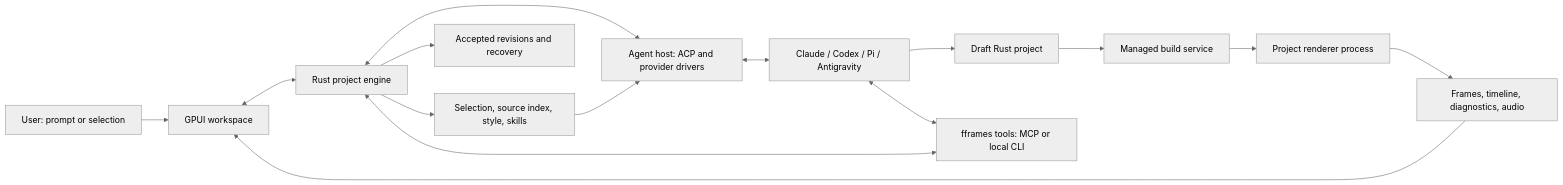
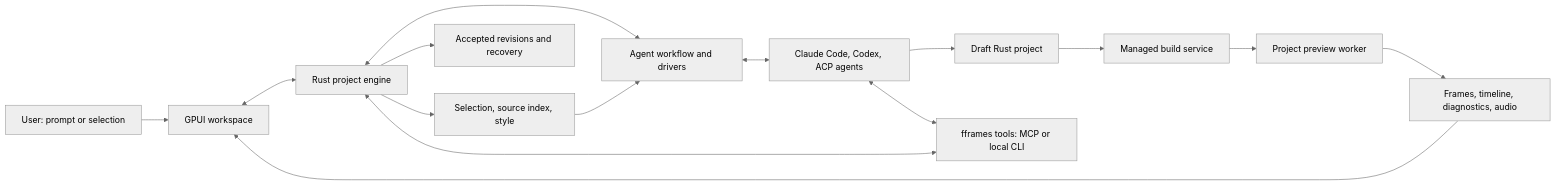
The diagram in docs/desktop/README.md (awun0105/fframes-desktop), drawn with Mermaid (neutral theme) before and after one commit. The commit also changed other lines of this file and 7 other files, not shown here.

````diff
--- a/docs/desktop/README.md
+++ b/docs/desktop/README.md
@@ -84,17 +103,17 @@
 ```mermaid
 flowchart LR
   User[User: prompt or selection] --> UI[GPUI workspace]
   UI <--> Engine[Rust project engine]
-  Engine <--> Agents[Agent host: ACP and provider drivers]
-  Agents <--> Coding[Claude / Codex / Pi / Antigravity]
+  Engine <--> Agents[Agent workflow and drivers]
+  Agents <--> Coding[Claude Code, Codex, ACP agents]
   Coding --> Draft[Draft Rust project]
-  Engine --> Context[Selection, source index, style, skills]
+  Engine --> Context[Selection, source index, style]
   Context --> Agents
   Coding <--> Tools[fframes tools: MCP or local CLI]
   Tools <--> Engine
   Draft --> Build[Managed build service]
-  Build --> Runner[Project renderer process]
+  Build --> Runner[Project preview worker]
   Runner --> Frames[Frames, timeline, diagnostics, audio]
   Frames --> UI
   Engine --> History[Accepted revisions and recovery]
 ```
````
